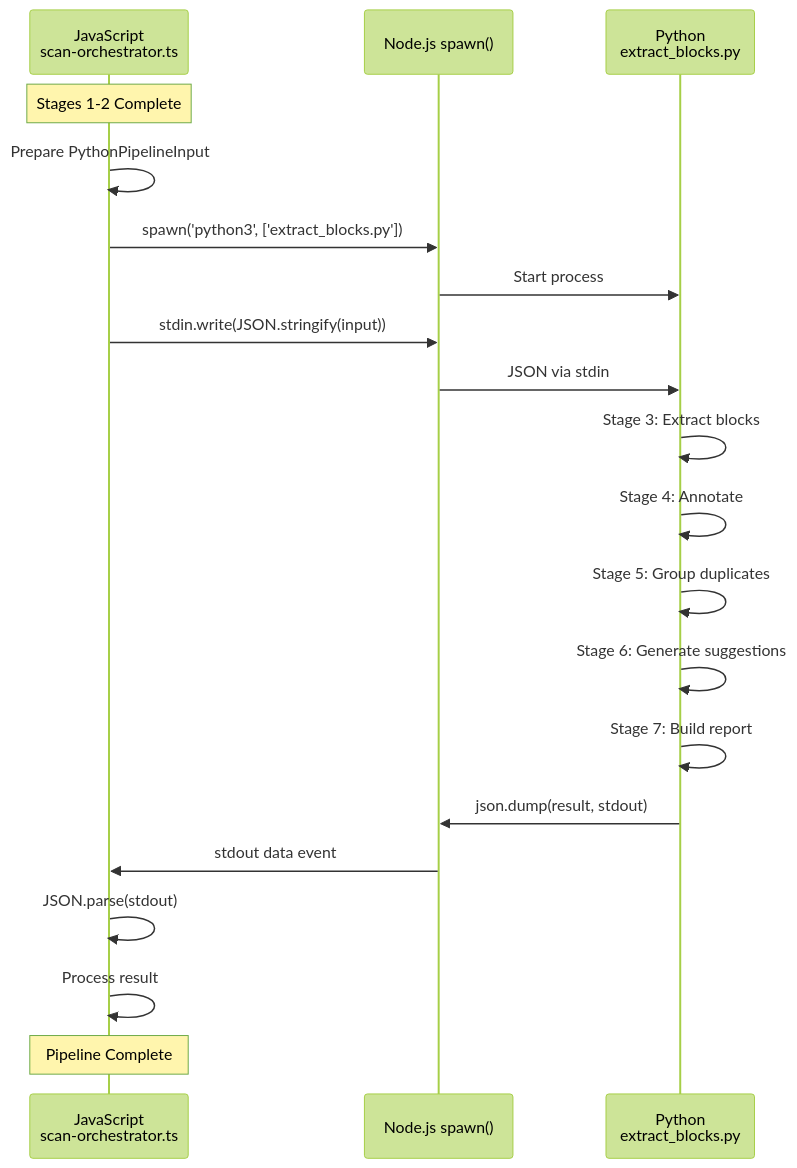
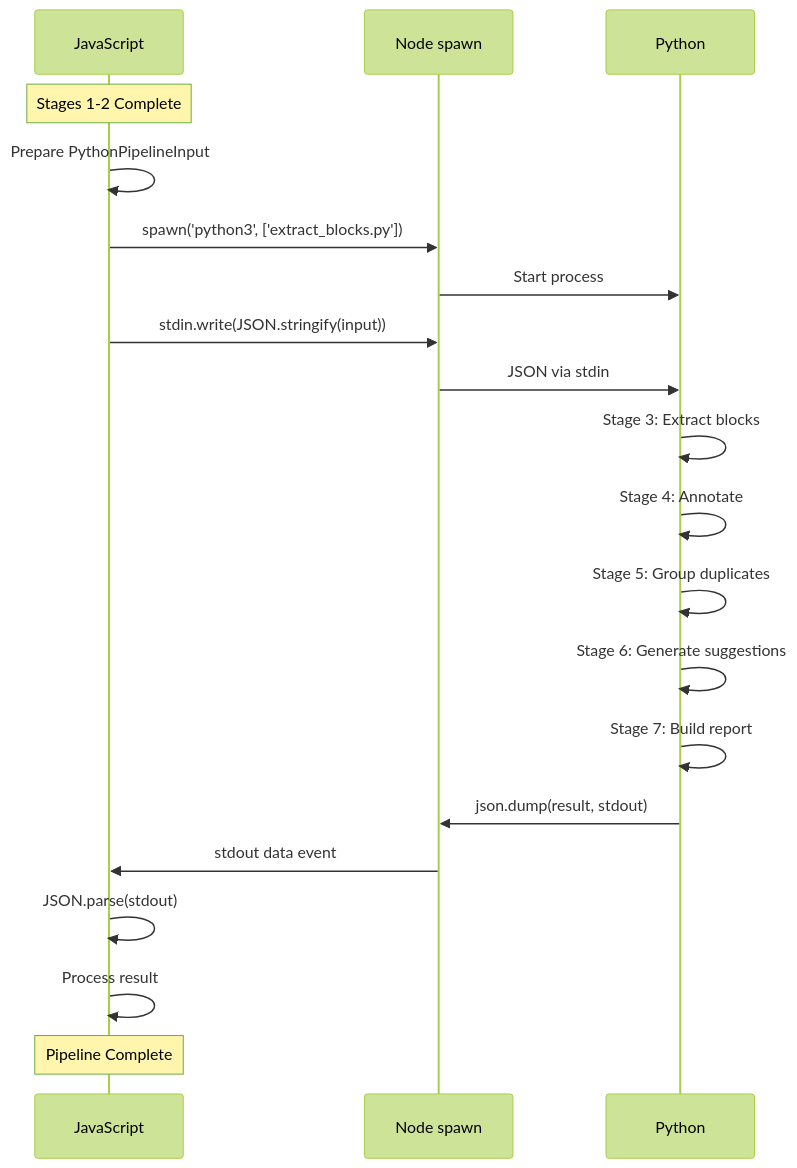
One commit to integritystudio/AlephAuto changed diagram 11 of 13 in docs/architecture/SYSTEM-DATA-FLOW.md. Above: the diagram before and after it, drawn with Mermaid (forest theme). The commit also changed other lines of this file, not shown here.

First line of the commit message:
fix(docs): resolve Mermaid diagram syntax errors in SYSTEM-DATA-FLOW.md

````diff
--- a/docs/architecture/SYSTEM-DATA-FLOW.md
+++ b/docs/architecture/SYSTEM-DATA-FLOW.md
@@ -594,30 +594,30 @@
 ```mermaid
 sequenceDiagram
-    participant JS as JavaScript<br/>scan-orchestrator.ts
-    participant Spawn as Node.js spawn()
-    participant PY as Python<br/>extract_blocks.py
+    participant JS as JavaScript
+    participant Spawn as Node spawn
+    participant PY as Python
 
     Note over JS: Stages 1-2 Complete
 
     JS->>JS: Prepare PythonPipelineInput
     JS->>Spawn: spawn('python3', ['extract_blocks.py'])
 
     Spawn->>PY: Start process
 
     JS->>Spawn: stdin.write(JSON.stringify(input))
     Spawn->>PY: JSON via stdin
 
     PY->>PY: Stage 3: Extract blocks
     PY->>PY: Stage 4: Annotate
     PY->>PY: Stage 5: Group duplicates
     PY->>PY: Stage 6: Generate suggestions
     PY->>PY: Stage 7: Build report
 
     PY->>Spawn: json.dump(result, stdout)
     Spawn->>JS: stdout data event
 
     JS->>JS: JSON.parse(stdout)
     JS->>JS: Process result
 
     Note over JS: Pipeline Complete
 ```
````
